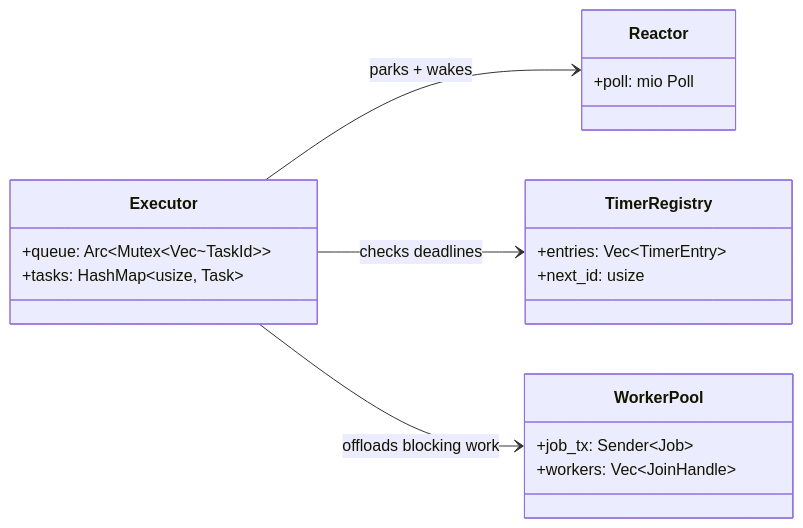
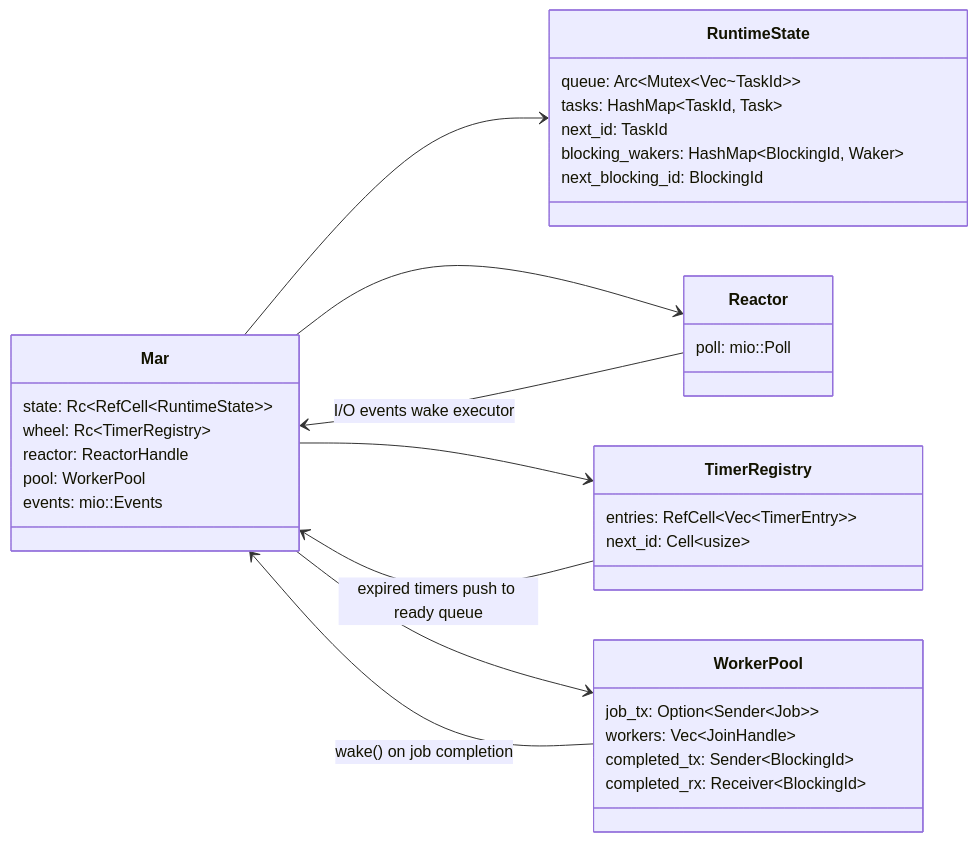
One commit to paulpeters144/mini-async-runtime changed the diagram in docs/toplevel-runtime-components.md. Above: the diagram before and after it, drawn with Mermaid. The commit also changed other lines of this file and 1 other file, not shown here.

Commit message:
docs: reorganize runtime-primitives and top-level component diagrams
Remove Reactor and TimerRegistry from the primitives diagram — they are top-level runtime components that use the primitives, not primitives themselves. Move them to toplevel-runtime-components.md alongside Mar and WorkerPool with accurate fields from source. The primitives diagram now focuses on RuntimeState, Task, TaskWaker, and ContextHandle.

````diff
--- a/docs/toplevel-runtime-components.md
+++ b/docs/toplevel-runtime-components.md
@@ -5,27 +5,44 @@
 ```mermaid
 classDiagram
     direction LR
 
-    class Executor {
-        +queue: Arc~Mutex~Vec~TaskId~~
-        +tasks: HashMap~usize, Task~
+    class Mar {
+        state: Rc~RefCell~RuntimeState~~
+        wheel: Rc~TimerRegistry~
+        reactor: ReactorHandle
+        pool: WorkerPool
+        events: mio::Events
+    }
+
+    class RuntimeState {
+        queue: Arc~Mutex~Vec~TaskId~~
+        tasks: HashMap~TaskId, Task~
+        next_id: TaskId
+        blocking_wakers: HashMap~BlockingId, Waker~
+        next_blocking_id: BlockingId
     }
 
     class Reactor {
-        +poll: mio Poll
+        poll: mio::Poll
     }
 
     class TimerRegistry {
-        +entries: Vec~TimerEntry~
-        +next_id: usize
+        entries: RefCell~Vec~TimerEntry~~
+        next_id: Cell~usize~
     }
 
     class WorkerPool {
-        +job_tx: Sender~Job~
-        +workers: Vec~JoinHandle~
+        job_tx: Option~Sender~Job~~
+        workers: Vec~JoinHandle~
+        completed_tx: Sender~BlockingId~
+        completed_rx: Receiver~BlockingId~
     }
 
-    Executor --> Reactor : parks + wakes
-    Executor --> TimerRegistry : checks deadlines
-    Executor --> WorkerPool : offloads blocking work
+    Mar --> RuntimeState
+    Mar --> Reactor
+    Mar --> TimerRegistry
+    Mar --> WorkerPool
+    Reactor --> Mar : I/O events wake executor
+    TimerRegistry --> Mar : expired timers push to ready queue
+    WorkerPool --> Mar : wake() on job completion
 ```
````
